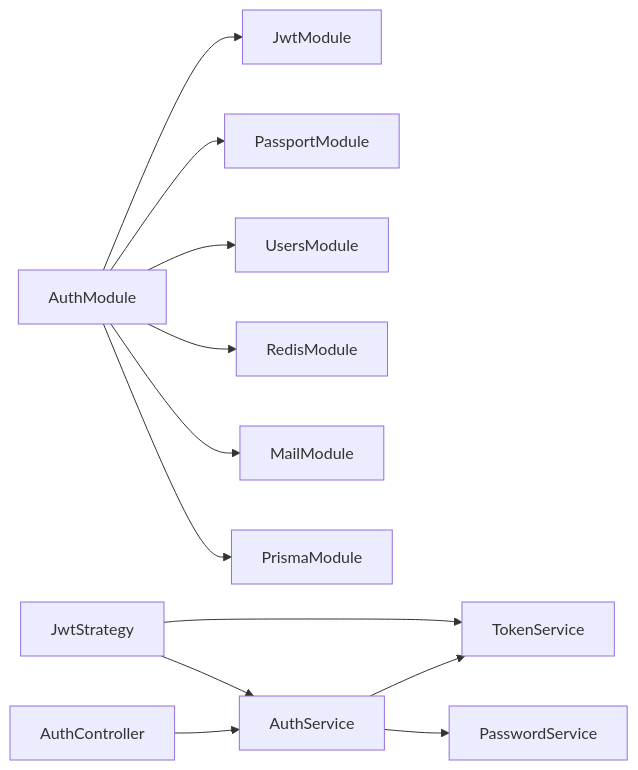
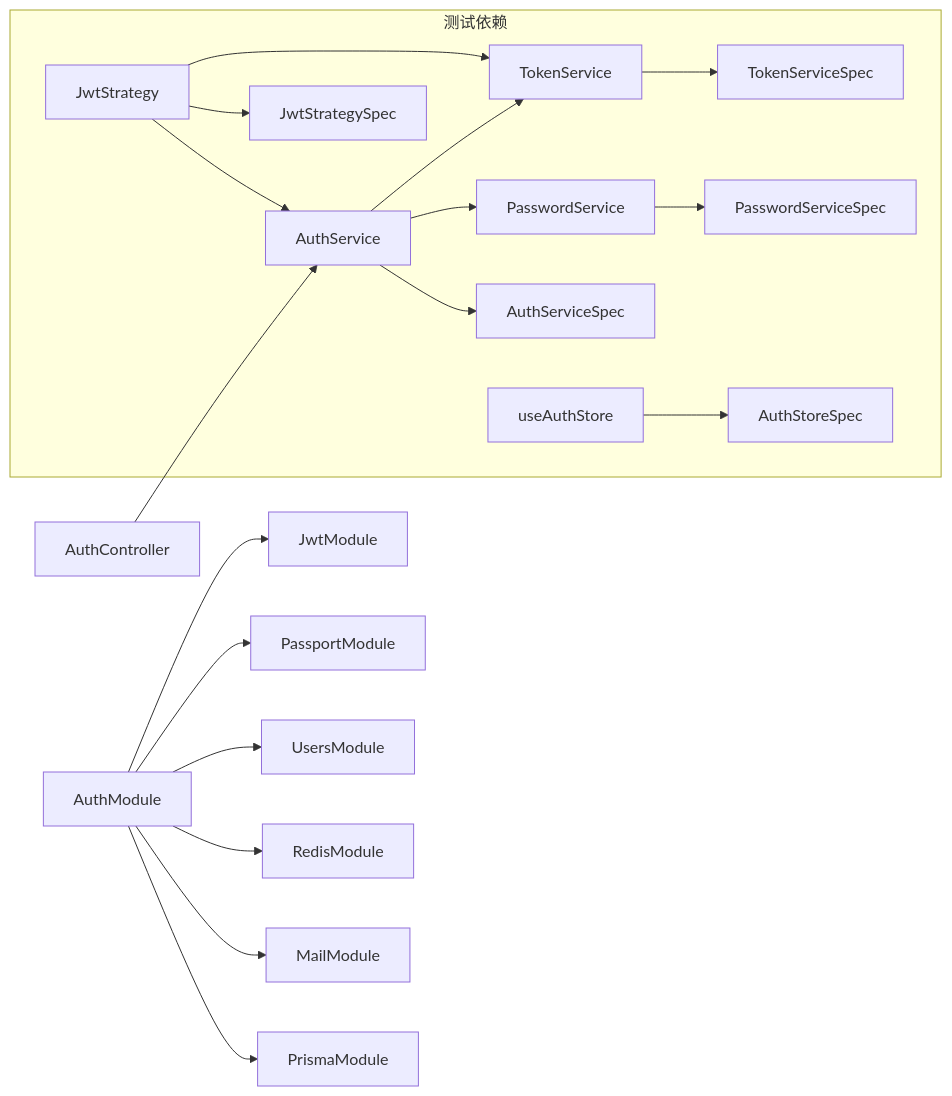
Before and after one commit to xixixiaoyu/Todo: the tenth of 10 diagrams in .qoder/repowiki/zh/content/核心模块/用户认证系统/用户认证系统.md, drawn with Mermaid. The commit also changed other lines of this file and 3 other files, not shown here.

````diff
--- a/.qoder/repowiki/zh/content/核心模块/用户认证系统/用户认证系统.md
+++ b/.qoder/repowiki/zh/content/核心模块/用户认证系统/用户认证系统.md
@@ -363,14 +480,21 @@
 ```mermaid
 graph LR
 AuthModule --> JwtModule
 AuthModule --> PassportModule
 AuthModule --> UsersModule
 AuthModule --> RedisModule
 AuthModule --> MailModule
 AuthModule --> PrismaModule
 AuthController --> AuthService
 AuthService --> TokenService
 AuthService --> PasswordService
 JwtStrategy --> TokenService
 JwtStrategy --> AuthService
+subgraph "测试依赖"
+AuthService --> AuthServiceSpec
+TokenService --> TokenServiceSpec
+PasswordService --> PasswordServiceSpec
+JwtStrategy --> JwtStrategySpec
+useAuthStore --> AuthStoreSpec
+end
 ```
````
